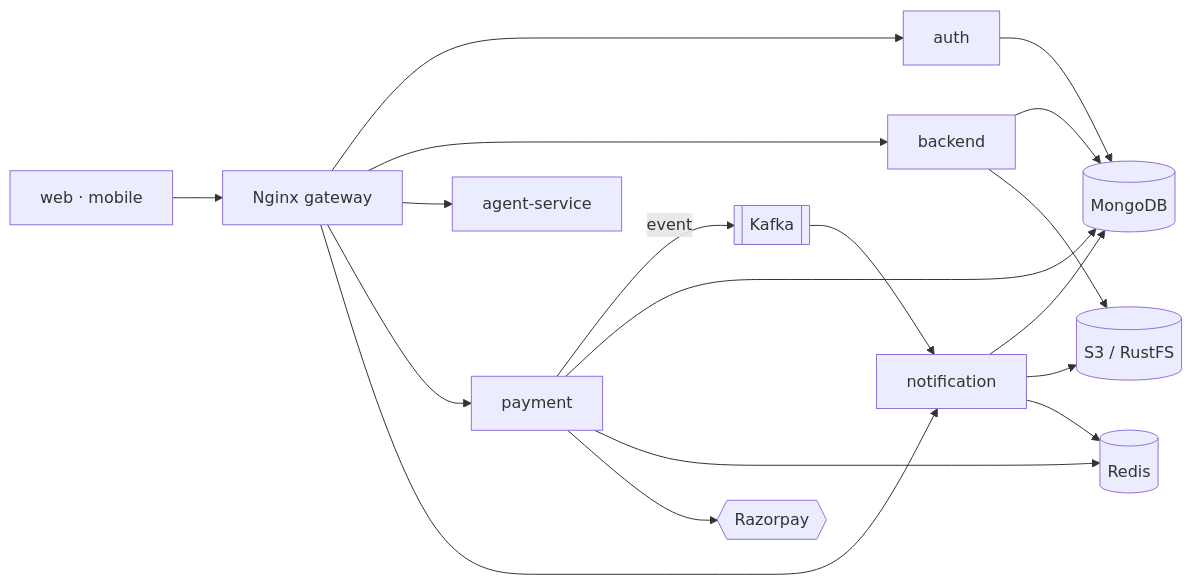
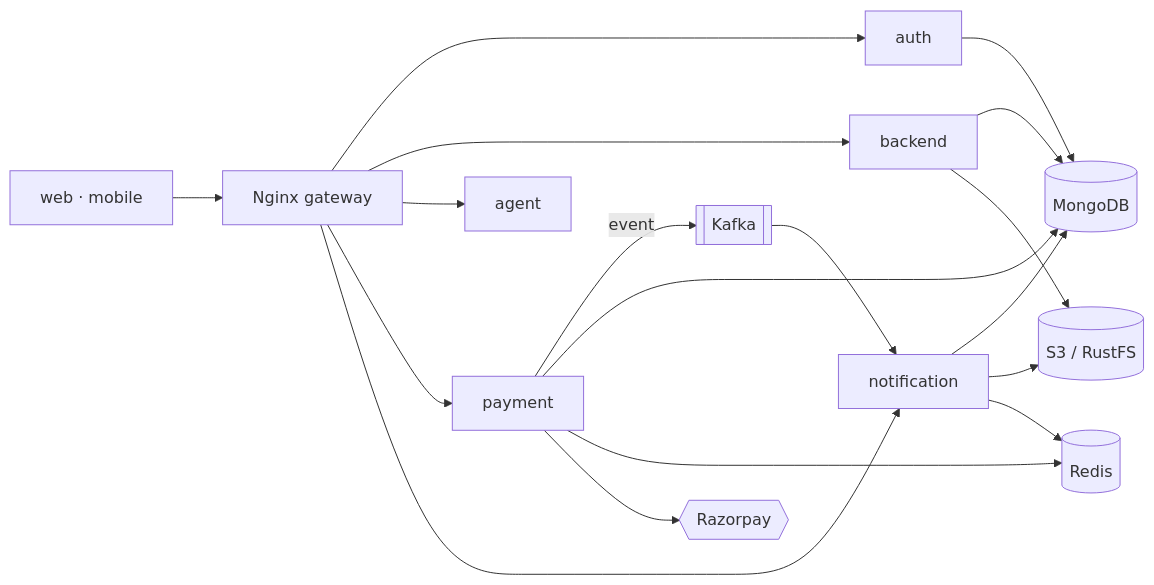
The second of 2 diagrams in README.md (mayankgupta1008/joblensai-2), drawn with Mermaid before and after one commit. The commit also changed other lines of this file and 50 other files, not shown here.

First line of the commit message:
Rename agent-service to agent and serve its routes under /api/agent

````diff
--- a/README.md
+++ b/README.md
@@ -67,18 +67,18 @@
 ```mermaid
 flowchart LR
     Clients["web · mobile"] --> GW["Nginx gateway"]
 
     GW --> Auth["auth"]
     GW --> Backend["backend"]
-    GW --> Agent["agent-service"]
+    GW --> Agent["agent"]
     GW --> Payment["payment"]
     GW --> Notif["notification"]
 
     Payment -->|event| Kafka[["Kafka"]]
     Kafka --> Notif
 
     Auth & Backend & Payment & Notif --> Mongo[("MongoDB")]
     Backend & Notif --> S3[("S3 / RustFS")]
     Payment & Notif --> Redis[("Redis")]
     Payment --> RP{{"Razorpay"}}
 ```
````
